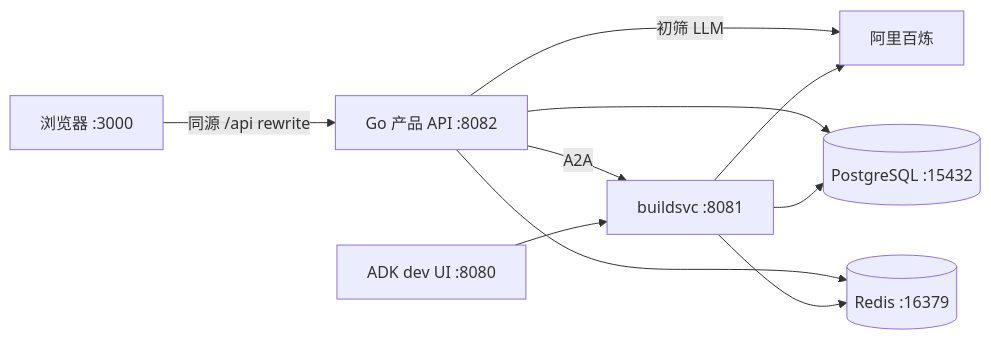
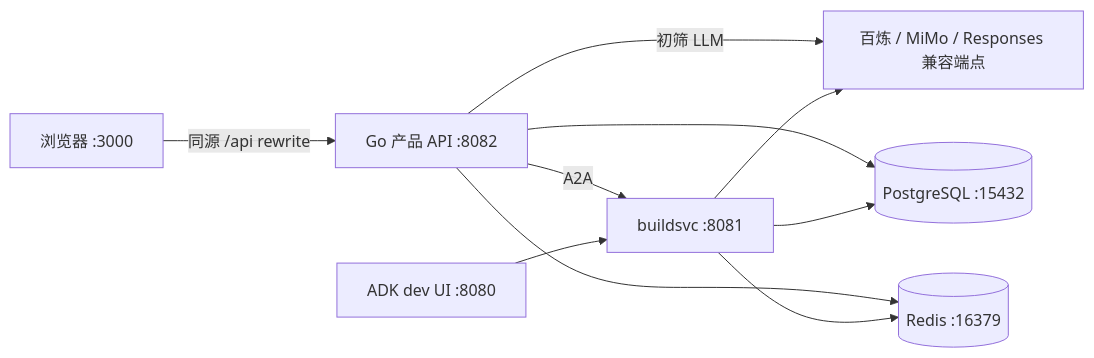
The diagram in docs/ops/阶段1本地运行与部署准备.md (subaru-ye/pc-builder-agent), drawn with Mermaid before and after one commit. The commit also changed other lines of this file and 5 other files, not shown here.

````diff
--- a/docs/ops/阶段1本地运行与部署准备.md
+++ b/docs/ops/阶段1本地运行与部署准备.md
@@ -7,12 +7,12 @@
 ```mermaid
 flowchart LR
     Browser[浏览器 :3000] -->|同源 /api rewrite| API[Go 产品 API :8082]
-    API -->|初筛 LLM| Bailian[阿里百炼]
+    API -->|初筛 LLM| Provider[百炼 / MiMo / Responses 兼容端点]
     API -->|A2A| BuildSvc[buildsvc :8081]
-    BuildSvc --> Bailian
+    BuildSvc --> Provider
     API --> PG[(PostgreSQL :15432)]
     API --> Redis[(Redis :16379)]
     BuildSvc --> PG
     BuildSvc --> Redis
     DevUI[ADK dev UI :8080] --> BuildSvc
 ```
````
